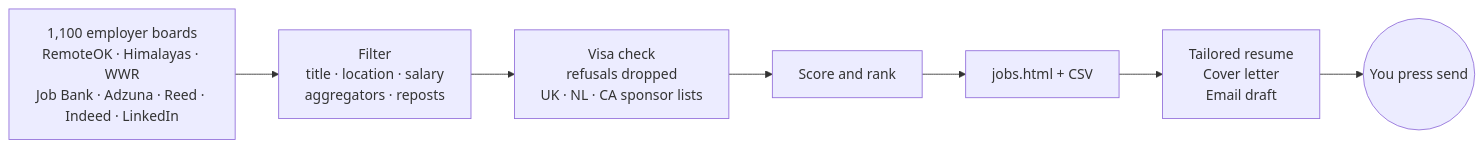
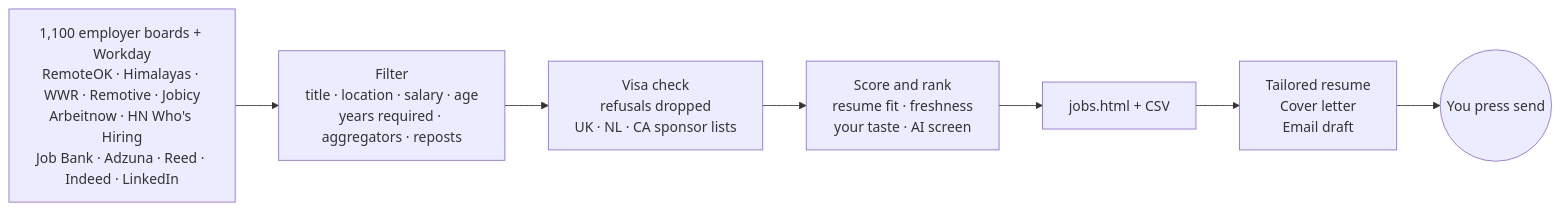
One commit to anirudhprashant/huntline changed the diagram in README.md. Above: the diagram before and after it, drawn with Mermaid. The commit also changed other lines of this file and 25 other files, not shown here.

First line of the commit message:
Huntline 0.2.0: resume-fit ranking, taste learning, Workday/Personio/Teamtailor, interview prep, local app (#1)

````diff
--- a/README.md
+++ b/README.md
@@ -121,9 +136,9 @@
 ```mermaid
 flowchart LR
-  A["1,100 employer boards<br/>RemoteOK · Himalayas · WWR<br/>Job Bank · Adzuna · Reed · Indeed · LinkedIn"] --> B["Filter<br/>title · location · salary<br/>aggregators · reposts"]
+  A["1,100 employer boards + Workday<br/>RemoteOK · Himalayas · WWR · Remotive · Jobicy<br/>Arbeitnow · HN Who's Hiring<br/>Job Bank · Adzuna · Reed · Indeed · LinkedIn"] --> B["Filter<br/>title · location · salary · age<br/>years required · aggregators · reposts"]
   B --> C["Visa check<br/>refusals dropped<br/>UK · NL · CA sponsor lists"]
-  C --> D["Score and rank"]
+  C --> D["Score and rank<br/>resume fit · freshness<br/>your taste · AI screen"]
   D --> E["jobs.html + CSV"]
   E --> F["Tailored resume<br/>Cover letter<br/>Email draft"]
   F --> G(("You press send"))
 ```
````
